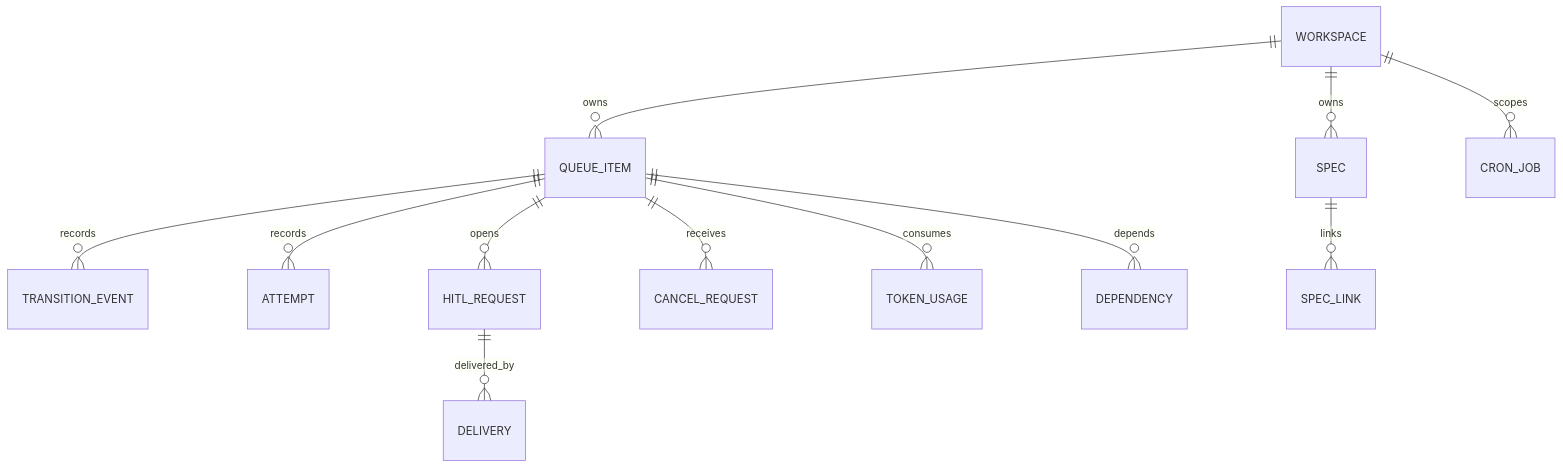
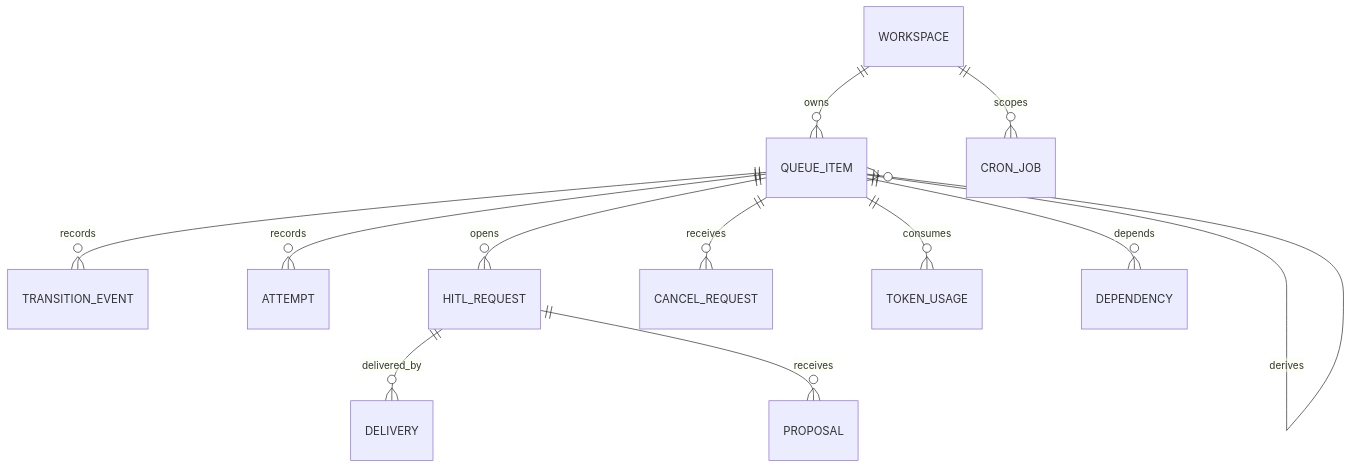
The fourth of 4 diagrams in spec/concerns/data-model.md (kys0213/belt), drawn with Mermaid before and after one commit. The commit also changed other lines of this file and 1 other file, not shown here.

First line of the commit message:
docs(spec): define derived items, proposals and escalation value ranges in data records

````diff
--- a/spec/concerns/data-model.md
+++ b/spec/concerns/data-model.md
@@ -275,14 +286,14 @@
 ```mermaid
 erDiagram
     WORKSPACE ||--o{ QUEUE_ITEM : owns
-    WORKSPACE ||--o{ SPEC : owns
     WORKSPACE ||--o{ CRON_JOB : scopes
     QUEUE_ITEM ||--o{ TRANSITION_EVENT : records
     QUEUE_ITEM ||--o{ ATTEMPT : records
     QUEUE_ITEM ||--o{ HITL_REQUEST : opens
     QUEUE_ITEM ||--o{ CANCEL_REQUEST : receives
     QUEUE_ITEM ||--o{ TOKEN_USAGE : consumes
     QUEUE_ITEM ||--o{ DEPENDENCY : depends
+    QUEUE_ITEM ||--o{ QUEUE_ITEM : derives
     HITL_REQUEST ||--o{ DELIVERY : delivered_by
-    SPEC ||--o{ SPEC_LINK : links
+    HITL_REQUEST ||--o{ PROPOSAL : receives
 ```
````
